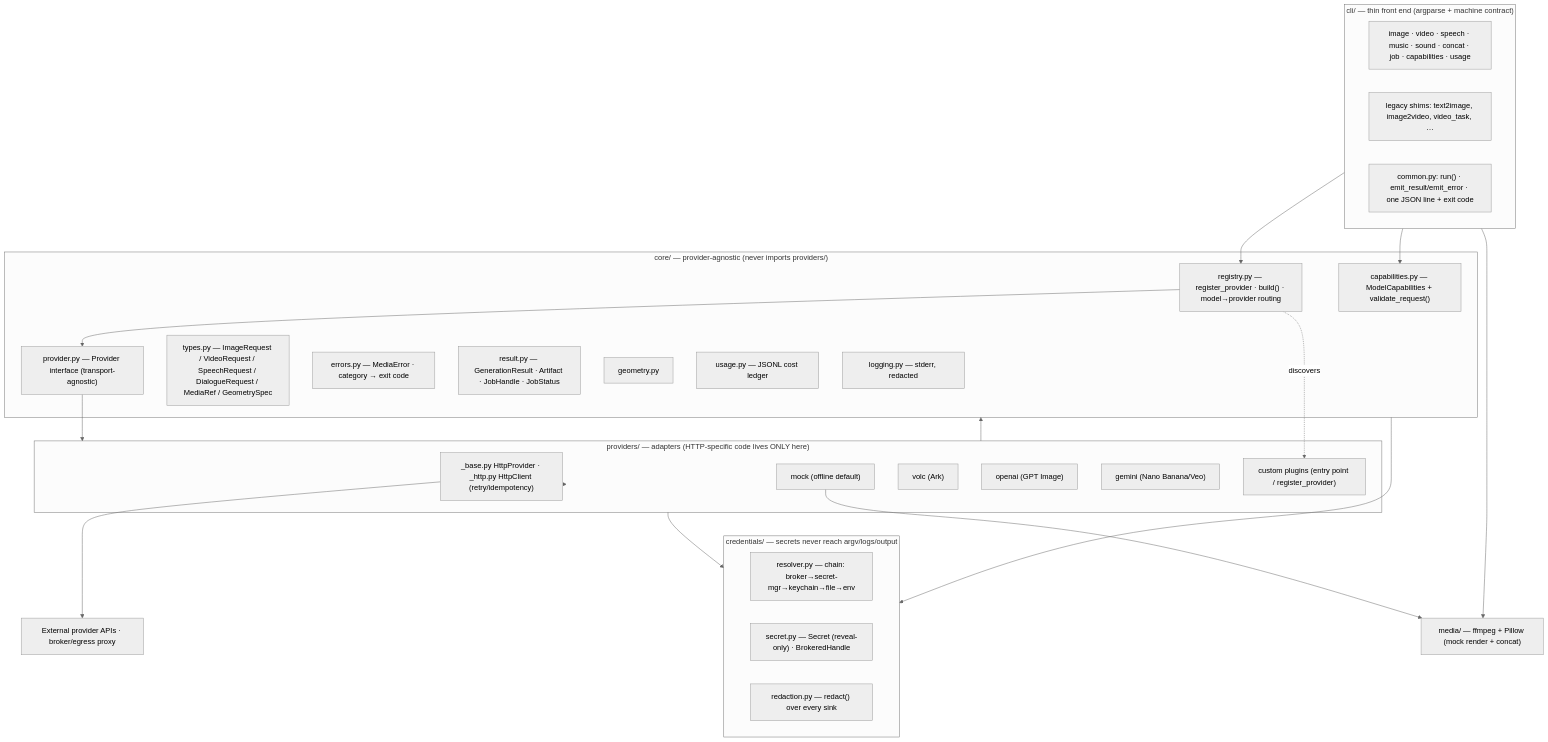
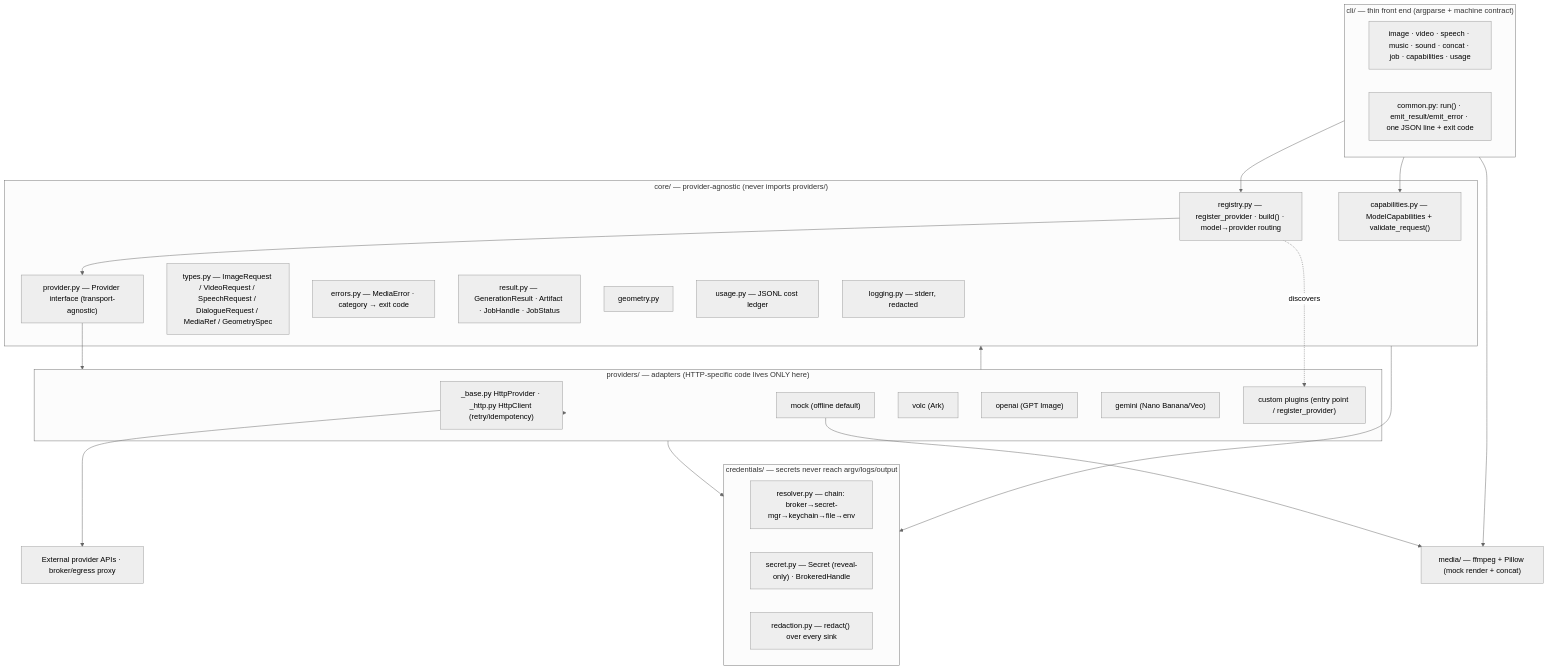
One commit to BrandoZhang/media-ai changed the first of 2 diagrams in docs/ARCHITECTURE.md. Above: the diagram before and after it, drawn with Mermaid (neutral theme). The commit also changed 30 other files, not shown here.

````diff
--- a/docs/ARCHITECTURE.md
+++ b/docs/ARCHITECTURE.md
@@ -11,51 +11,50 @@
 ```mermaid
 flowchart TB
     subgraph CLI["cli/ — thin front end (argparse + machine contract)"]
         C1["image · video · speech · music · sound · concat · job · capabilities · usage"]
-        C2["legacy shims: text2image, image2video, video_task, …"]
         C3["common.py: run() · emit_result/emit_error · one JSON line + exit code"]
     end
 
     subgraph CORE["core/ — provider-agnostic (never imports providers/)"]
         R["registry.py — register_provider · build() · model→provider routing"]
         P["provider.py — Provider interface (transport-agnostic)"]
         T["types.py — ImageRequest / VideoRequest / SpeechRequest / DialogueRequest / MediaRef / GeometrySpec"]
         CAP["capabilities.py — ModelCapabilities + validate_request()"]
         ERR["errors.py — MediaError · category → exit code"]
         RES["result.py — GenerationResult · Artifact · JobHandle · JobStatus"]
         GEO["geometry.py"]
         USG["usage.py — JSONL cost ledger"]
         LOG["logging.py — stderr, redacted"]
     end
 
     subgraph CRED["credentials/ — secrets never reach argv/logs/output"]
         RSV["resolver.py — chain: broker→secret-mgr→keychain→file→env"]
         SEC["secret.py — Secret (reveal-only) · BrokeredHandle"]
         RED["redaction.py — redact() over every sink"]
     end
 
     subgraph PROV["providers/ — adapters (HTTP-specific code lives ONLY here)"]
         BASE["_base.py HttpProvider · _http.py HttpClient (retry/idempotency)"]
         MOCK["mock (offline default)"]
         VOLC["volc (Ark)"]
         OAI["openai (GPT Image)"]
         GEM["gemini (Nano Banana/Veo)"]
         EXT["custom plugins (entry point / register_provider)"]
     end
 
     MEDIA["media/ — ffmpeg + Pillow (mock render + concat)"]
     EXTAPI["External provider APIs · broker/egress proxy"]
 
     CLI --> R
     CLI --> CAP
     R --> P
     R -.discovers.-> EXT
     P --> PROV
     PROV --> BASE
     PROV --> CORE
     PROV --> CRED
     BASE --> EXTAPI
     MOCK --> MEDIA
     CLI --> MEDIA
     CORE --> CRED
 ```
````
